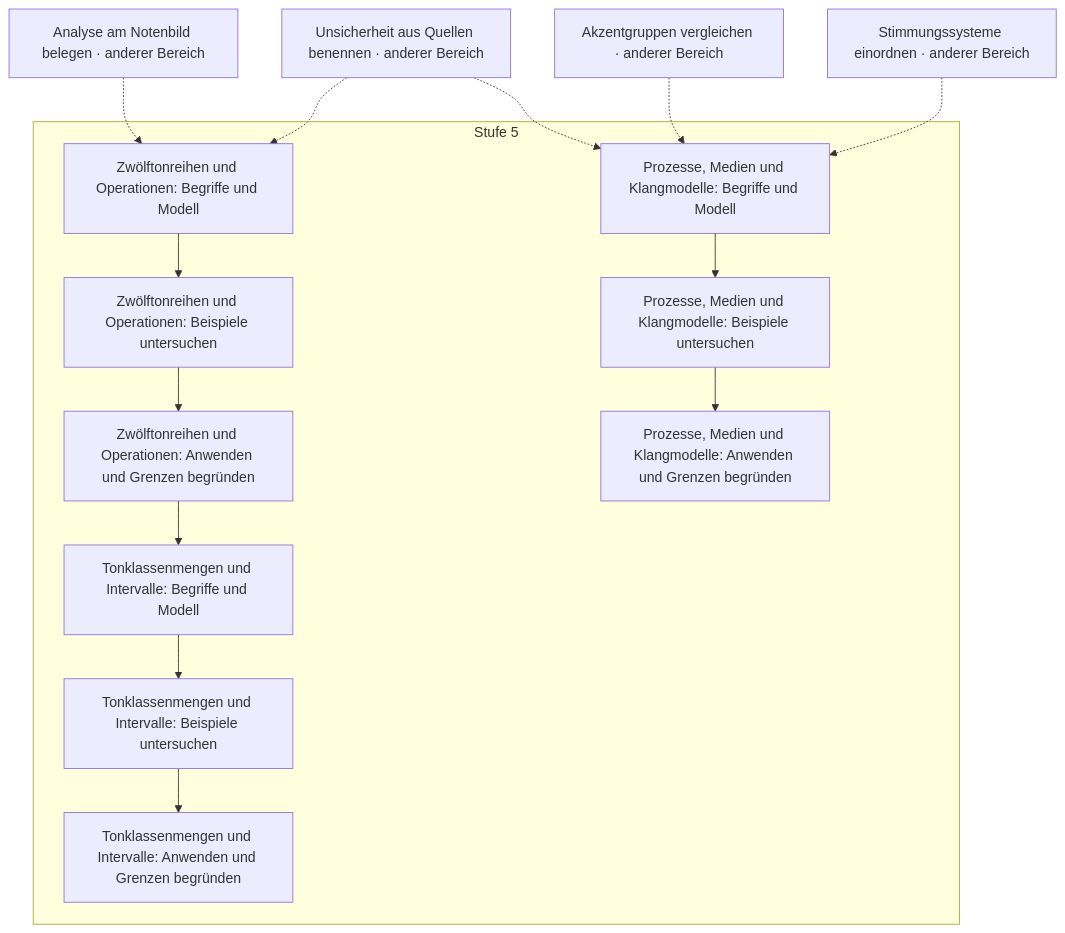
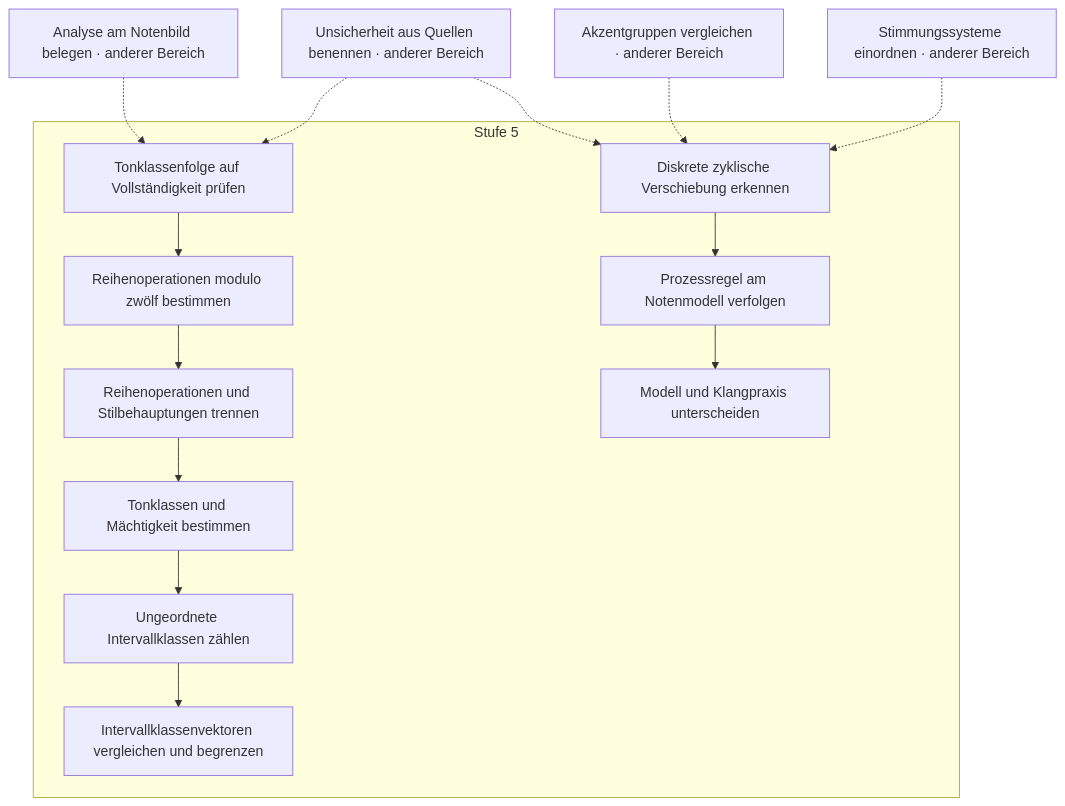
One commit to PhiFa96/harmonia changed diagram 18 of 19 in docs/plan/faehigkeitsgraph-diagramme.md. Above: the diagram before and after it, drawn with Mermaid. The commit also changed other lines of this file and 41 other files, not shown here.

````diff
--- a/docs/plan/faehigkeitsgraph-diagramme.md
+++ b/docs/plan/faehigkeitsgraph-diagramme.md
@@ -1205,30 +1205,30 @@
 ```mermaid
 flowchart TD
   subgraph level5["Stufe 5"]
-    s184["Zwölftonreihen und Operationen: Begriffe und Modell"]
-    s185["Zwölftonreihen und Operationen: Beispiele untersuchen"]
-    s186["Zwölftonreihen und Operationen: Anwenden und Grenzen begründen"]
-    s187["Tonklassenmengen und Intervalle: Begriffe und Modell"]
-    s188["Tonklassenmengen und Intervalle: Beispiele untersuchen"]
-    s189["Tonklassenmengen und Intervalle: Anwenden und Grenzen begründen"]
-    s193["Prozesse, Medien und Klangmodelle: Begriffe und Modell"]
-    s194["Prozesse, Medien und Klangmodelle: Beispiele untersuchen"]
-    s195["Prozesse, Medien und Klangmodelle: Anwenden und Grenzen begründen"]
+    s184["Tonklassenfolge auf Vollständigkeit prüfen"]
+    s185["Reihenoperationen modulo zwölf bestimmen"]
+    s186["Reihenoperationen und Stilbehauptungen trennen"]
+    s187["Tonklassen und Mächtigkeit bestimmen"]
+    s188["Ungeordnete Intervallklassen zählen"]
+    s189["Intervallklassenvektoren vergleichen und begrenzen"]
+    s193["Diskrete zyklische Verschiebung erkennen"]
+    s194["Prozessregel am Notenmodell verfolgen"]
+    s195["Modell und Klangpraxis unterscheiden"]
   end
   s164["Unsicherheit aus Quellen benennen · anderer Bereich"]
   s149["Analyse am Notenbild belegen · anderer Bereich"]
   s131["Akzentgruppen vergleichen · anderer Bereich"]
   s158["Stimmungssysteme einordnen · anderer Bereich"]
   s164 -.-> s184
   s149 -.-> s184
   s184 --> s185
   s185 --> s186
   s186 --> s187
   s187 --> s188
   s188 --> s189
   s131 -.-> s193
   s158 -.-> s193
   s164 -.-> s193
   s193 --> s194
   s194 --> s195
 ```
````
